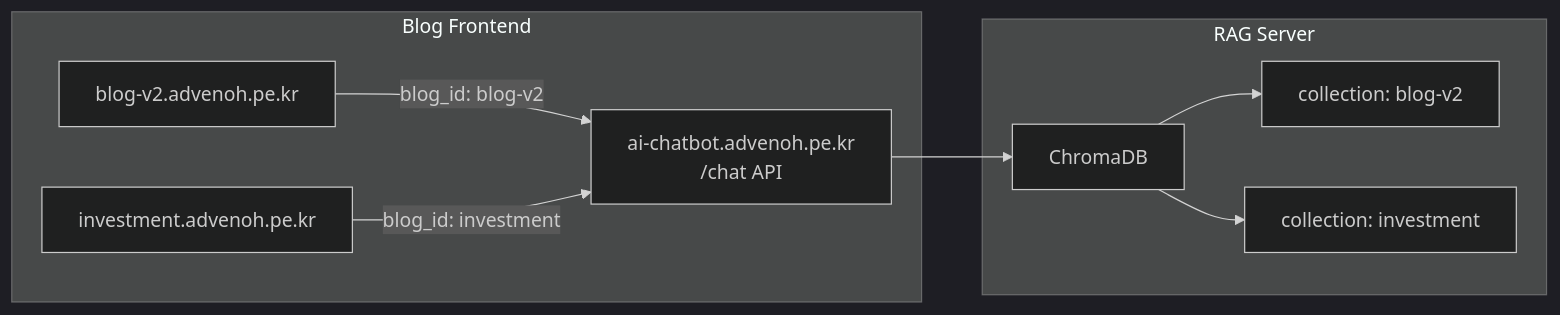
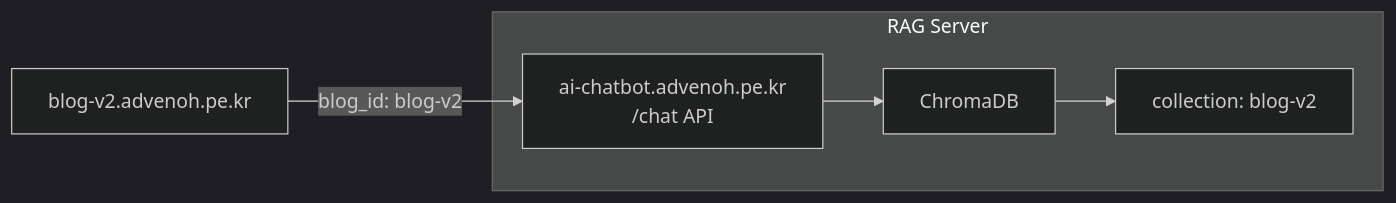
The diagram in docs/start/7_blog_chat_integration_prd.md (kenshin579/blog-v2.advenoh.pe.kr), drawn with Mermaid (dark theme) before and after one commit. The commit also changed other lines of this file and 10 other files, not shown here.

````diff
--- a/docs/start/7_blog_chat_integration_prd.md
+++ b/docs/start/7_blog_chat_integration_prd.md
@@ -28,12 +26,8 @@
 ```mermaid
 flowchart LR
-    subgraph "Blog Frontend"
-        A[blog-v2.advenoh.pe.kr] -->|blog_id: blog-v2| C
-        B[investment.advenoh.pe.kr] -->|blog_id: investment| C
-    end
+    A[blog-v2.advenoh.pe.kr] -->|blog_id: blog-v2| B
     subgraph "RAG Server"
-        C["ai-chatbot.advenoh.pe.kr\n/chat API"] --> D[ChromaDB]
-        D --> E["collection: blog-v2"]
-        D --> F["collection: investment"]
+        B["ai-chatbot.advenoh.pe.kr\n/chat API"] --> C[ChromaDB]
+        C --> D["collection: blog-v2"]
     end
 ```
````
